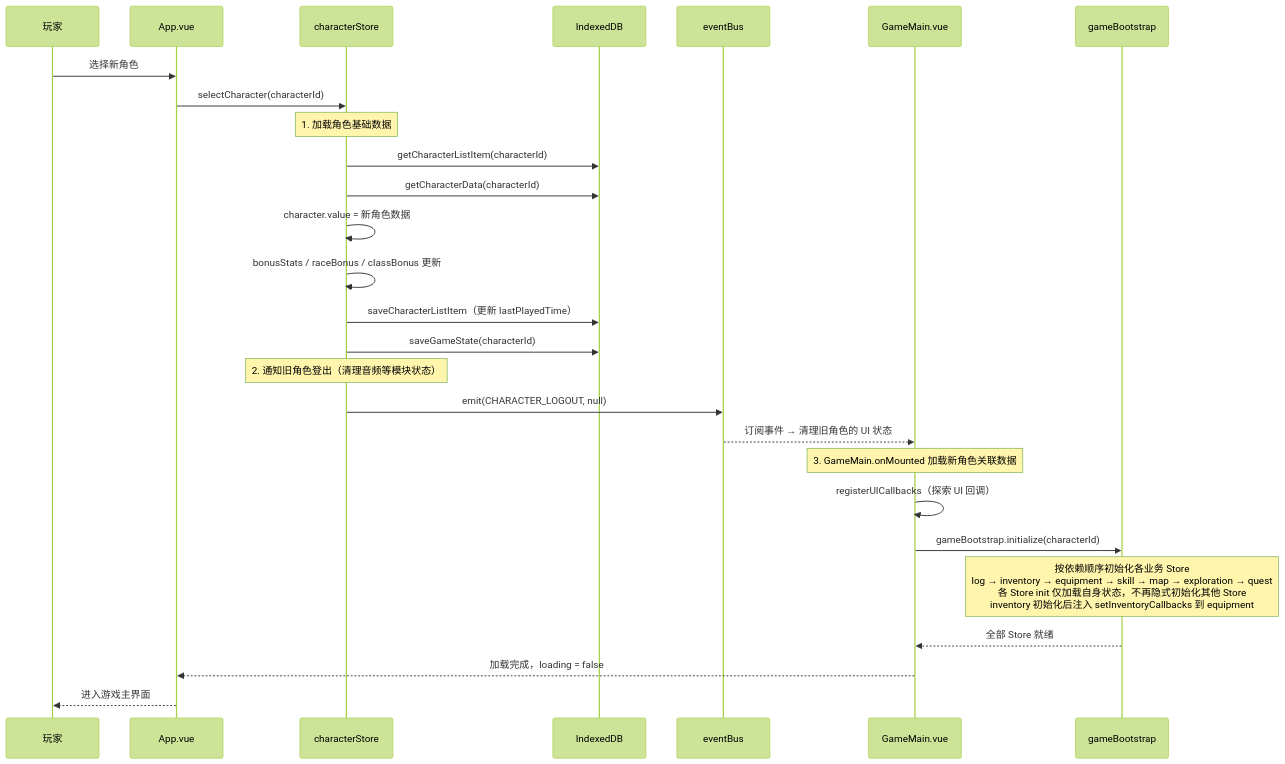
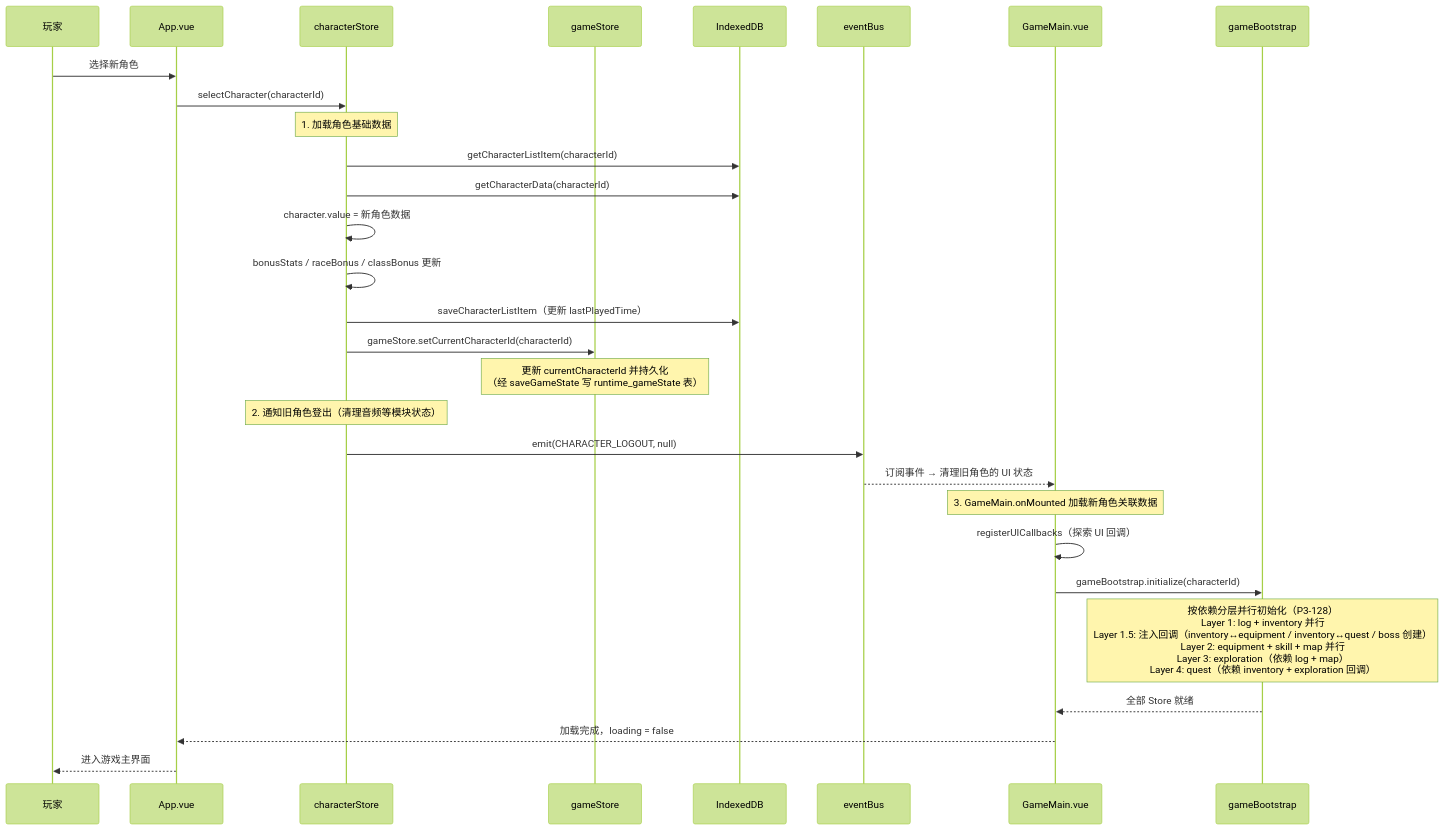
Before and after one commit to SonDemigods/wow_dnd: diagram 13 of 18 in doc/project/DATA_FLOW.md, drawn with Mermaid (forest theme). The commit also changed other lines of this file and 55 other files, not shown here.

````diff
--- a/doc/project/DATA_FLOW.md
+++ b/doc/project/DATA_FLOW.md
@@ -661,35 +708,37 @@
 ```mermaid
 sequenceDiagram
     %% 角色切换流程：登出旧角色 + 加载新角色
     participant U as 玩家
     participant App as App.vue
     participant CS as characterStore
+    participant GS as gameStore
     participant DB as IndexedDB
     participant Bus as eventBus
     participant GM as GameMain.vue
     participant GBS as gameBootstrap
 
     U->>App: 选择新角色
     App->>CS: selectCharacter(characterId)
 
     Note over CS: 1. 加载角色基础数据
     CS->>DB: getCharacterListItem(characterId)
     CS->>DB: getCharacterData(characterId)
     CS->>CS: character.value = 新角色数据
     CS->>CS: bonusStats / raceBonus / classBonus 更新
     CS->>DB: saveCharacterListItem（更新 lastPlayedTime）
-    CS->>DB: saveGameState(characterId)
+    CS->>GS: gameStore.setCurrentCharacterId(characterId)
+    Note over GS: 更新 currentCharacterId 并持久化<br/>（经 saveGameState 写 runtime_gameState 表）
 
     Note over CS: 2. 通知旧角色登出（清理音频等模块状态）
     CS->>Bus: emit(CHARACTER_LOGOUT, null)
     Bus-->>GM: 订阅事件 → 清理旧角色的 UI 状态
 
     Note over GM: 3. GameMain.onMounted 加载新角色关联数据
     GM->>GM: registerUICallbacks（探索 UI 回调）
     GM->>GBS: gameBootstrap.initialize(characterId)
-    Note over GBS: 按依赖顺序初始化各业务 Store<br/>log → inventory → equipment → skill → map → exploration → quest<br/>各 Store init 仅加载自身状态，不再隐式初始化其他 Store<br/>inventory 初始化后注入 setInventoryCallbacks 到 equipment
+    Note over GBS: 按依赖分层并行初始化（P3-128）<br/>Layer 1: log + inventory 并行<br/>Layer 1.5: 注入回调（inventory↔equipment / inventory↔quest / boss 创建）<br/>Layer 2: equipment + skill + map 并行<br/>Layer 3: exploration（依赖 log + map）<br/>Layer 4: quest（依赖 inventory + exploration 回调）
     GBS-->>GM: 全部 Store 就绪
 
     GM-->>App: 加载完成，loading = false
     App-->>U: 进入游戏主界面
 ```
````
